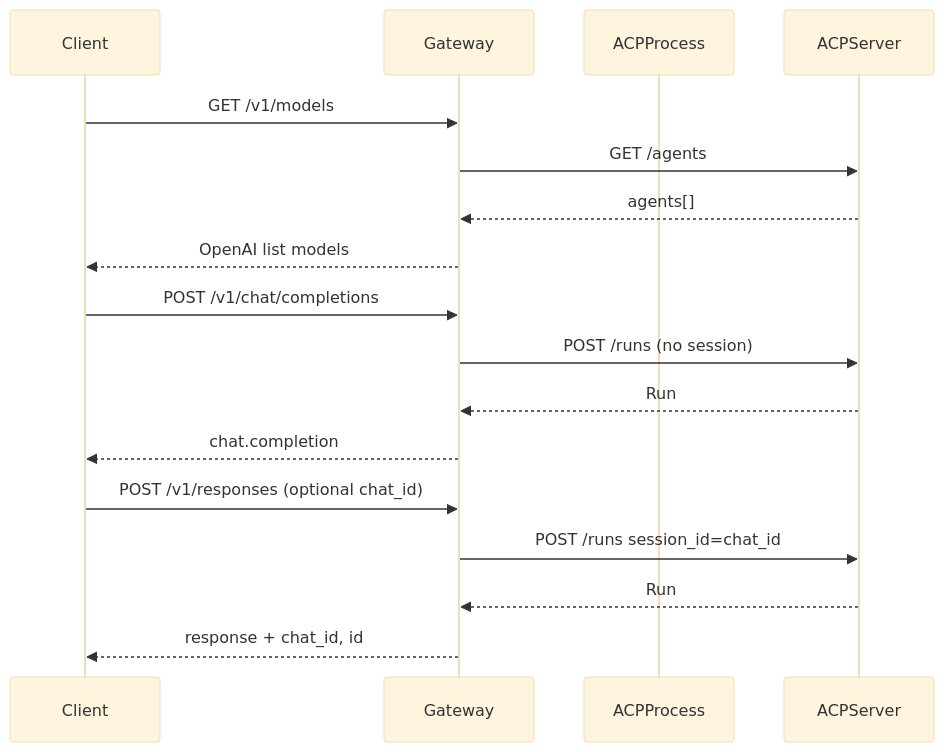
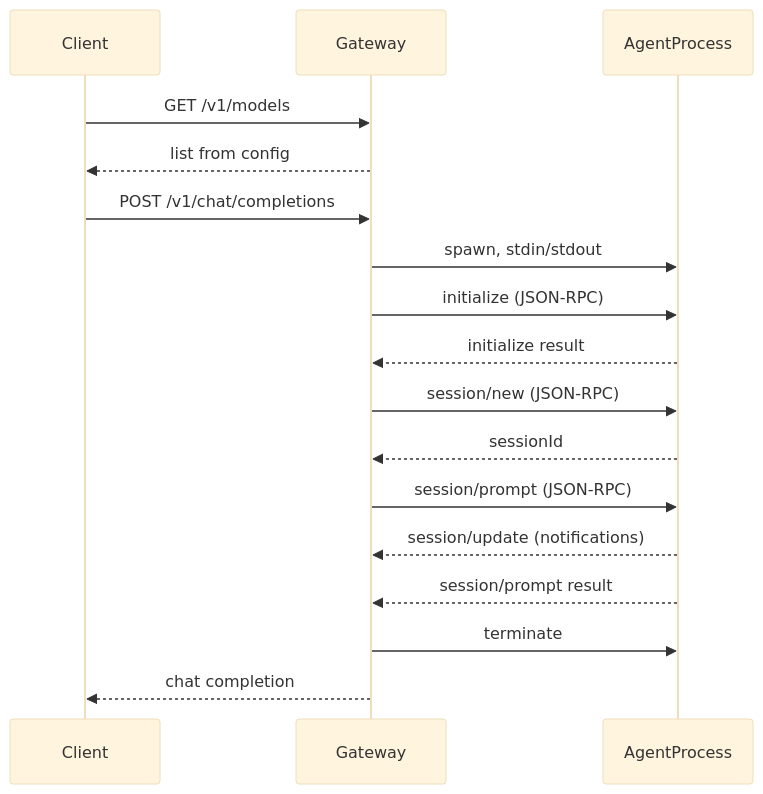
Before and after one commit to EvilFreelancer/acpbox: the diagram in README.md, drawn with Mermaid (base theme). The commit also changed other lines of this file and 24 other files, not shown here.

````diff
--- a/README.md
+++ b/README.md
@@ -19,22 +21,21 @@
 ```mermaid
 sequenceDiagram
     participant Client
     participant Gateway
-    participant ACPProcess
-    participant ACPServer
+    participant AgentProcess
 
     Client->>Gateway: GET /v1/models
-    Gateway->>ACPServer: GET /agents
-    ACPServer-->>Gateway: agents[]
-    Gateway-->>Client: OpenAI list models
+    Gateway-->>Client: list from config
 
     Client->>Gateway: POST /v1/chat/completions
-    Gateway->>ACPServer: POST /runs (no session)
-    ACPServer-->>Gateway: Run
-    Gateway-->>Client: chat.completion
-
-    Client->>Gateway: POST /v1/responses (optional chat_id)
-    Gateway->>ACPServer: POST /runs session_id=chat_id
-    ACPServer-->>Gateway: Run
-    Gateway-->>Client: response + chat_id, id
+    Gateway->>AgentProcess: spawn, stdin/stdout
+    Gateway->>AgentProcess: initialize (JSON-RPC)
+    AgentProcess-->>Gateway: initialize result
+    Gateway->>AgentProcess: session/new (JSON-RPC)
+    AgentProcess-->>Gateway: sessionId
+    Gateway->>AgentProcess: session/prompt (JSON-RPC)
+    AgentProcess-->>Gateway: session/update (notifications)
+    AgentProcess-->>Gateway: session/prompt result
+    Gateway->>AgentProcess: terminate
+    Gateway-->>Client: chat completion
 ```
````
